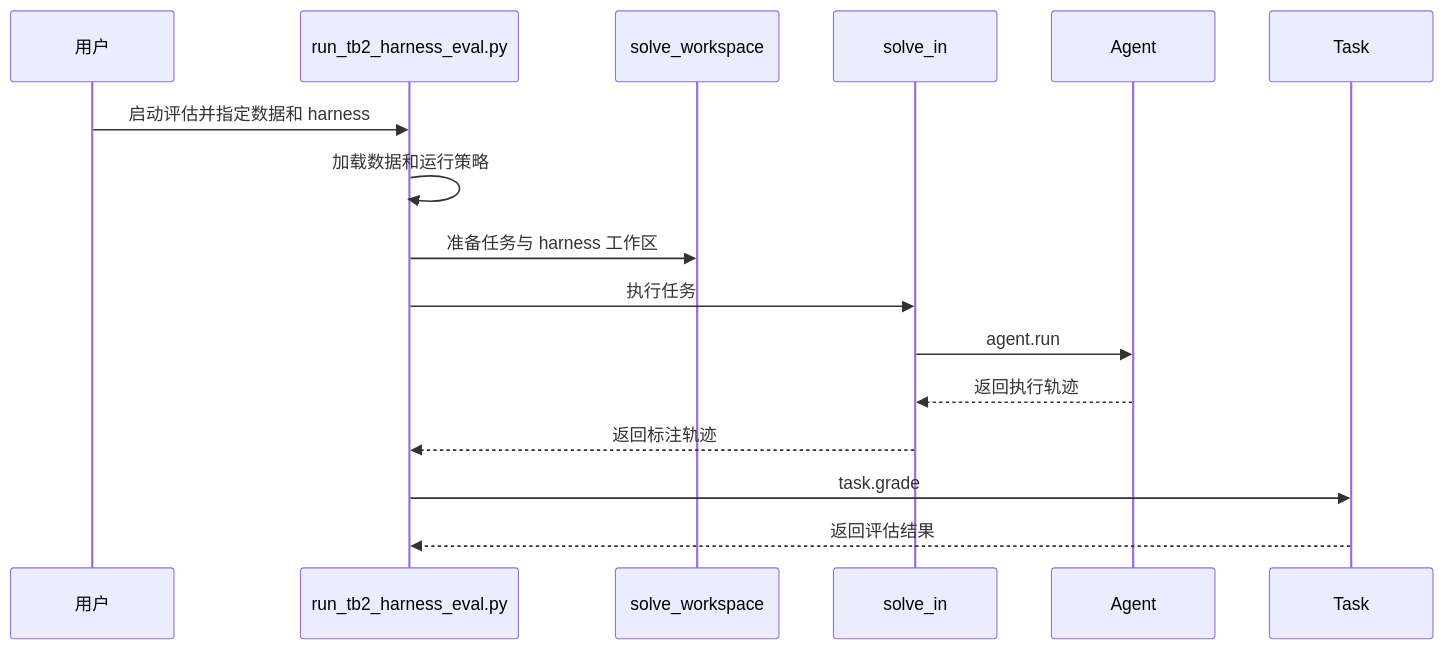
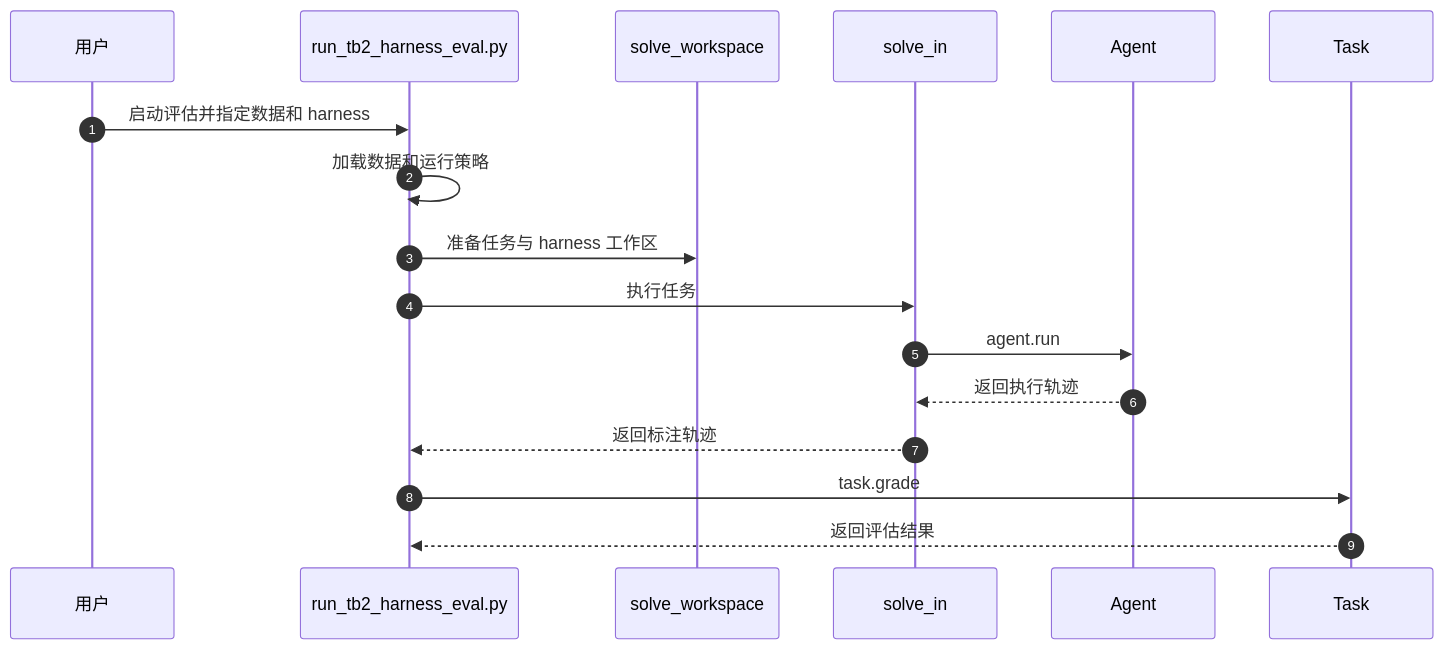
One commit to ImChong/Robotics_Notebooks changed the second of 2 diagrams in wiki/entities/paper-harnesspro.md. Above: the diagram before and after it, drawn with Mermaid. The commit also changed other lines of this file and 4 other files, not shown here.

````diff
--- a/wiki/entities/paper-harnesspro.md
+++ b/wiki/entities/paper-harnesspro.md
@@ -59,18 +112,19 @@
 ```mermaid
 sequenceDiagram
+    autonumber
     participant U as 用户
     participant R as run_tb2_harness_eval.py
     participant W as solve_workspace
     participant S as solve_in
     participant A as Agent
     participant T as Task
     U->>R: 启动评估并指定数据和 harness
     R->>R: 加载数据和运行策略
     R->>W: 准备任务与 harness 工作区
     R->>S: 执行任务
     S->>A: agent.run
     A-->>S: 返回执行轨迹
     S-->>R: 返回标注轨迹
     R->>T: task.grade
     T-->>R: 返回评估结果
 ```
````
